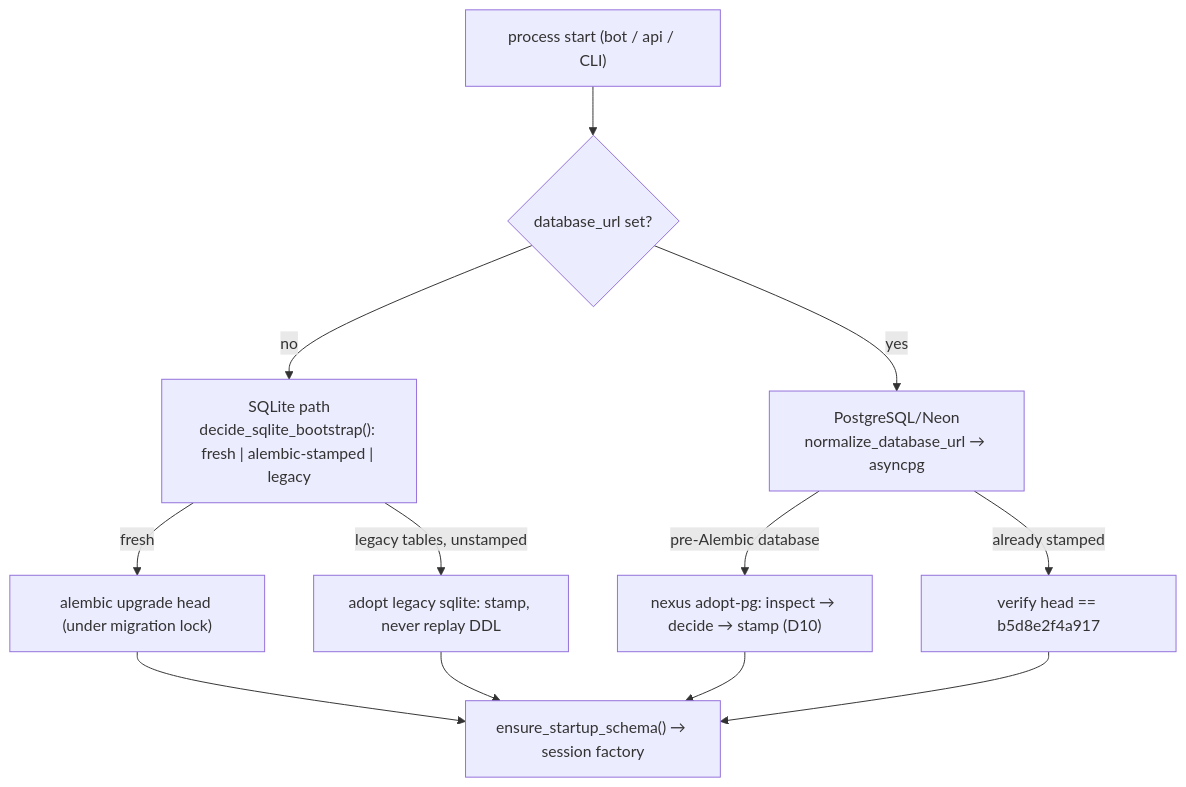
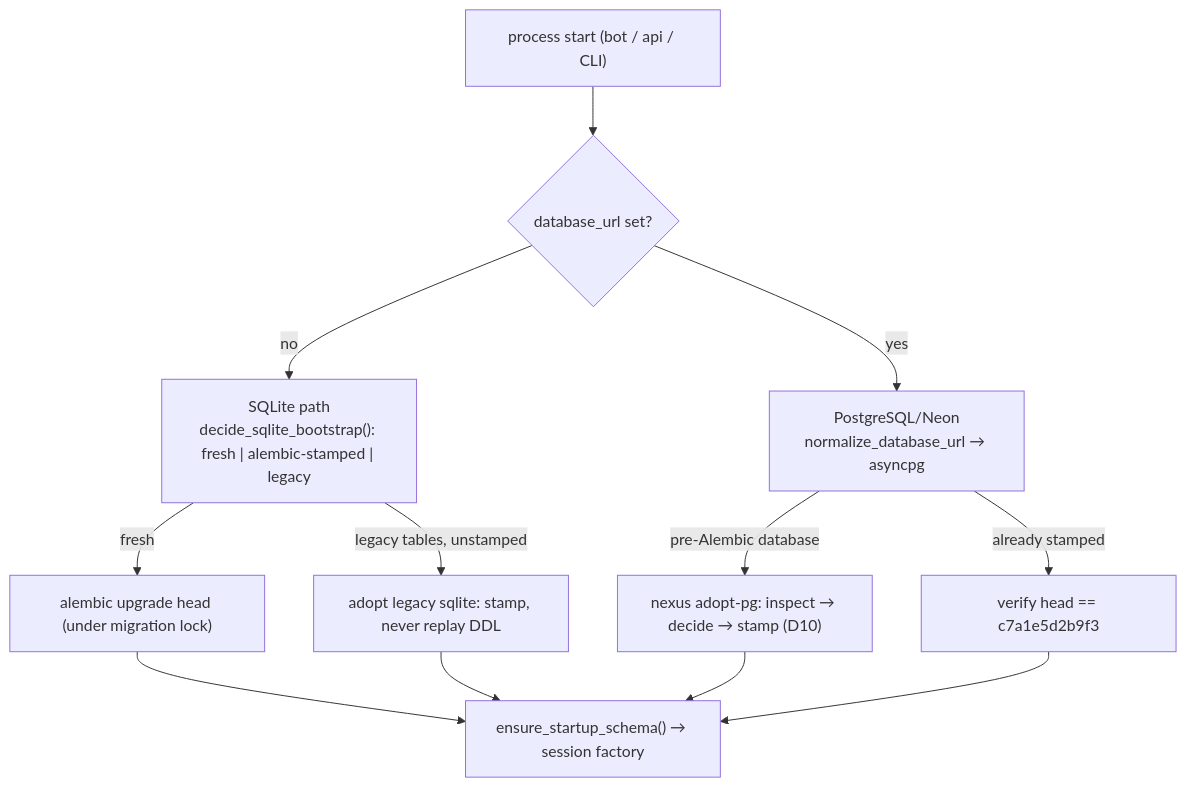
One commit to bot523h/nexus-ai-agent changed the fifth of 6 diagrams in docs/architecture/RUNTIME_FLOWS.md. Above: the diagram before and after it, drawn with Mermaid. The commit also changed other lines of this file and 49 other files, not shown here.

````diff
--- a/docs/architecture/RUNTIME_FLOWS.md
+++ b/docs/architecture/RUNTIME_FLOWS.md
@@ -158,14 +158,14 @@
 ```mermaid
 flowchart TD
     start["process start (bot / api / CLI)"] --> decide{"database_url set?"}
     decide -->|no| sqlite["SQLite path<br/>decide_sqlite_bootstrap(): fresh | alembic-stamped | legacy"]
     decide -->|yes| pg["PostgreSQL/Neon<br/>normalize_database_url → asyncpg"]
     sqlite -->|fresh| up["alembic upgrade head (under migration lock)"]
     sqlite -->|legacy tables, unstamped| adopt["adopt legacy sqlite: stamp, never replay DDL"]
     pg -->|pre-Alembic database| adoptpg["nexus adopt-pg: inspect → decide → stamp (D10)"]
-    pg -->|already stamped| head["verify head == b5d8e2f4a917"]
+    pg -->|already stamped| head["verify head == c7a1e5d2b9f3"]
     up --> ready["ensure_startup_schema() → session factory"]
     adopt --> ready
     adoptpg --> ready
     head --> ready
 ```
````
